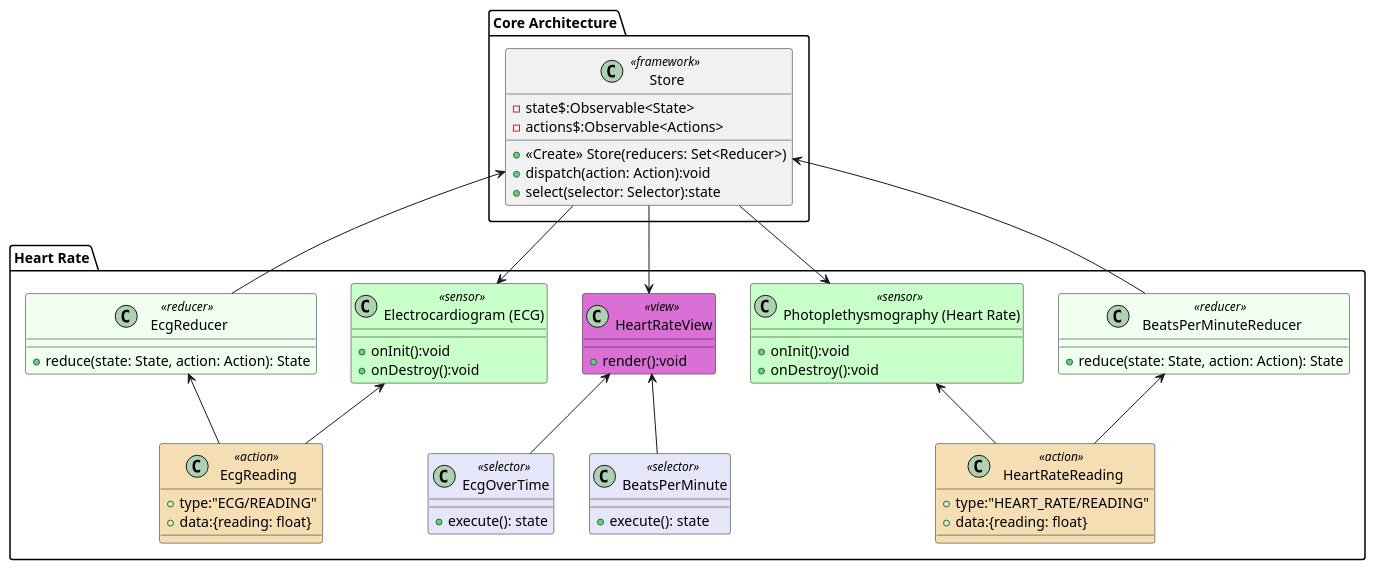
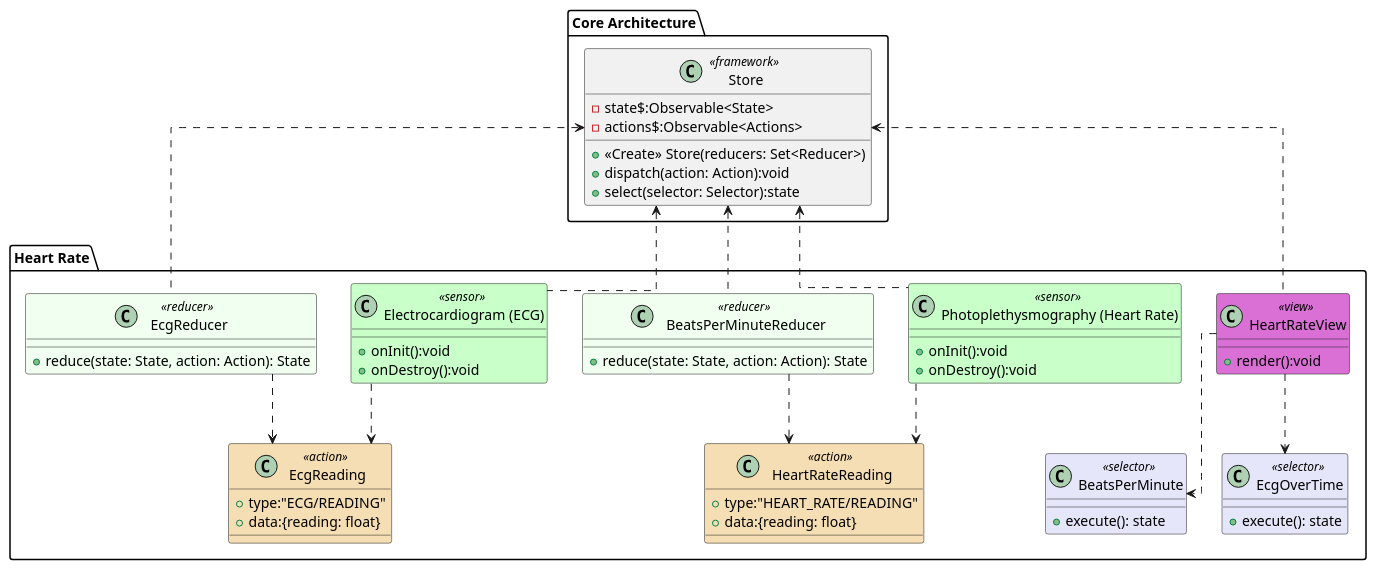
The diagram in class_diagrams/heart_rate.md (markroche92/sw-eng-smart-watch), drawn with PlantUML before and after one commit. The commit also changed other lines of this file, not shown here.

Commit message:
updated styling, grammar and relations for heart rate

````diff
--- a/class_diagrams/heart_rate.md
+++ b/class_diagrams/heart_rate.md
@@ -11,9 +11,8 @@
 ```plantuml
 @startuml
-top to bottom direction
-
 set namespaceSeparator ::
 skinparam shadowing false
+skinparam linetype ortho
 skinparam class {
     BackgroundColor<<reducer>> HoneyDew
     BackgroundColor<<action>> Wheat
@@ -74,24 +73,21 @@
 }
 
 '=========== links
-"Heart Rate:: HeartRateView" <-- "Heart Rate:: BeatsPerMinute"
-"Heart Rate:: HeartRateView" <-- "Heart Rate:: EcgOverTime"
-"Heart Rate:: HeartRateView" <-u- "Core Architecture:: Store"
+"Heart Rate:: HeartRateView" ..> "Heart Rate:: BeatsPerMinute"
+"Heart Rate:: HeartRateView" ..> "Heart Rate:: EcgOverTime"
 
-"Heart Rate:: Photoplethysmography (Heart Rate)" <-- "Core Architecture:: Store"
-"Heart Rate:: Photoplethysmography (Heart Rate)" <-- "Heart Rate:: HeartRateReading"
-"Heart Rate:: BeatsPerMinuteReducer" <-- "Heart Rate:: HeartRateReading"
-"Core Architecture:: Store" <-d- "Heart Rate:: BeatsPerMinuteReducer" 
+"Heart Rate:: Photoplethysmography (Heart Rate)" ..> "Heart Rate:: HeartRateReading"
+"Heart Rate:: BeatsPerMinuteReducer" ..> "Heart Rate:: HeartRateReading"
 
 
-"Heart Rate:: Electrocardiogram (ECG)" <-- "Core Architecture:: Store"
-"Heart Rate:: Electrocardiogram (ECG)" <-- "Heart Rate:: EcgReading"
-"Heart Rate:: EcgReducer" <-- "Heart Rate:: EcgReading"
-"Core Architecture:: Store" <-d- "Heart Rate:: EcgReducer"
+"Heart Rate:: Electrocardiogram (ECG)" ..> "Heart Rate:: EcgReading"
+"Heart Rate:: EcgReducer" ..> "Heart Rate:: EcgReading"
 
-'=========== only used for formatting ===========
-"Heart Rate:: HeartRateView" <-[hidden]r- "Heart Rate:: BeatsPerMinuteReducer"
-"Heart Rate:: BeatsPerMinuteReducer" <-[hidden]l- "Heart Rate:: Photoplethysmography (Heart Rate)"
+"Heart Rate:: Photoplethysmography (Heart Rate)" .u.> "Core Architecture:: Store"
+"Heart Rate:: Electrocardiogram (ECG)" .u.> "Core Architecture:: Store"
+"Heart Rate:: BeatsPerMinuteReducer" .u.> "Core Architecture:: Store"
+"Heart Rate:: EcgReducer" .u.> "Core Architecture:: Store"
+"Heart Rate:: HeartRateView" .u.> "Core Architecture:: Store"
 
 @enduml
 ```
````
